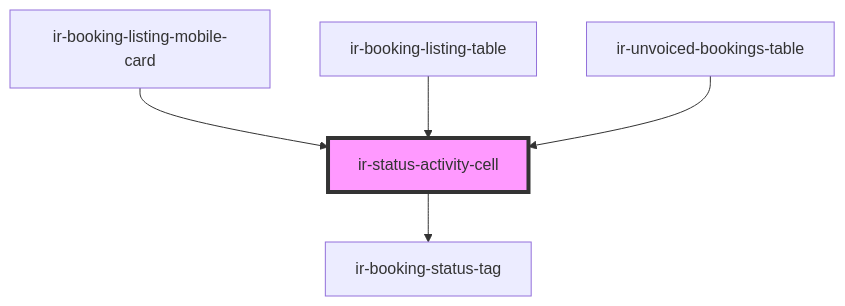
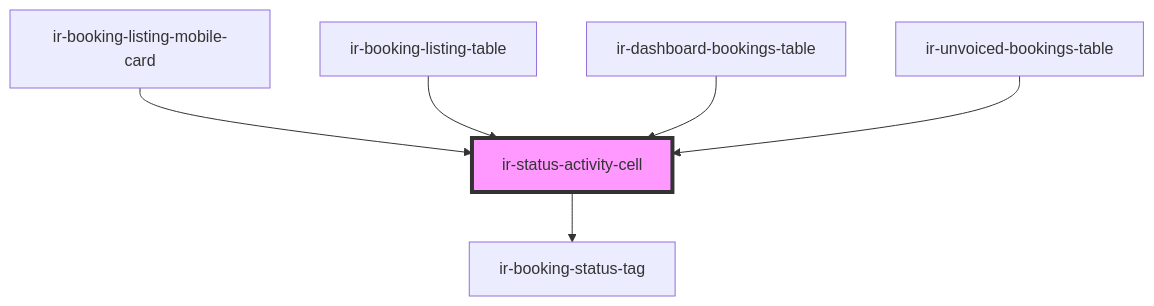
The diagram in src/components/table-cells/booking/ir-status-activity-cell/readme.md (RonyRizk/ir-webcmp), drawn with Mermaid before and after one commit. The commit also changed other lines of this file and 76 other files, not shown here.

````diff
--- a/src/components/table-cells/booking/ir-status-activity-cell/readme.md
+++ b/src/components/table-cells/booking/ir-status-activity-cell/readme.md
@@ -33,8 +34,9 @@
 ```mermaid
 graph TD;
   ir-status-activity-cell --> ir-booking-status-tag
   ir-booking-listing-mobile-card --> ir-status-activity-cell
   ir-booking-listing-table --> ir-status-activity-cell
+  ir-dashboard-bookings-table --> ir-status-activity-cell
   ir-unvoiced-bookings-table --> ir-status-activity-cell
   style ir-status-activity-cell fill:#f9f,stroke:#333,stroke-width:4px
 ```
````
